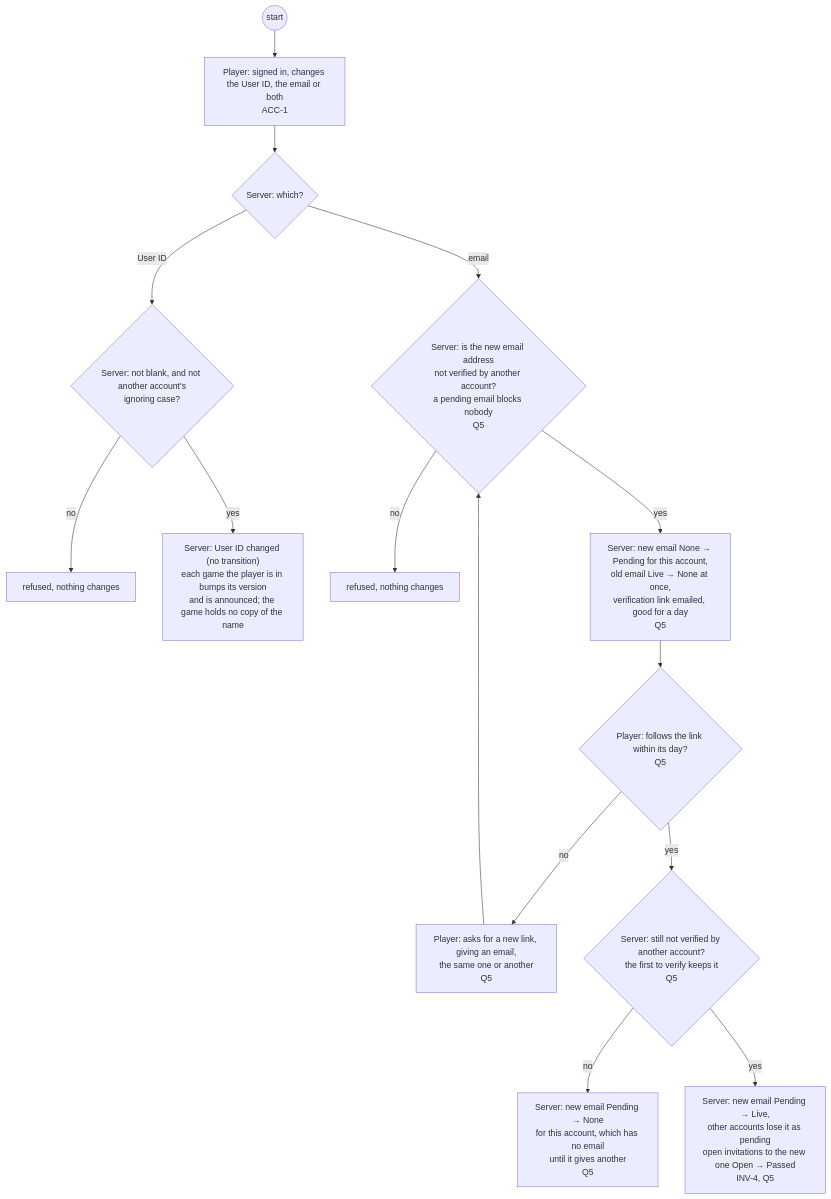
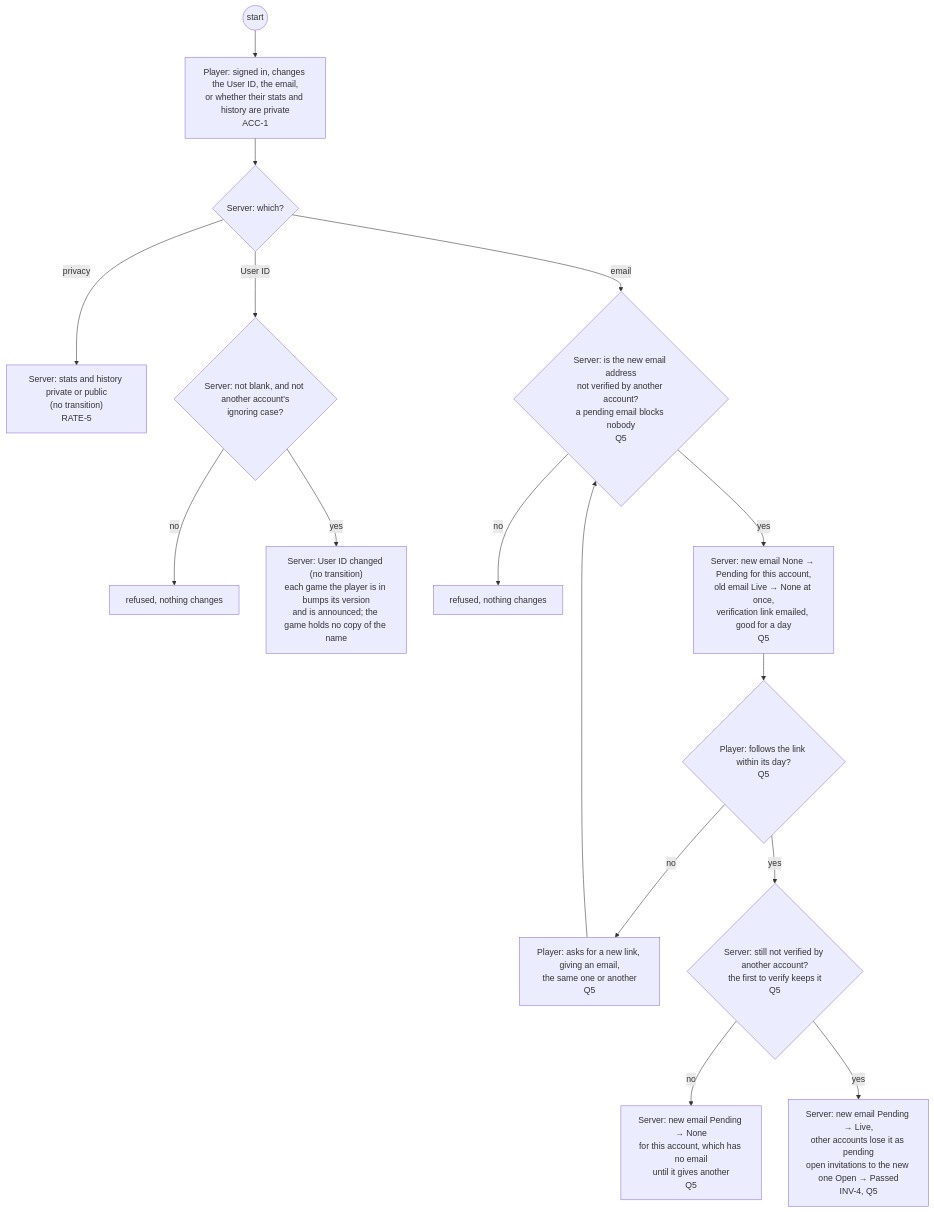
Before and after one commit to delphside/tile-lite-elite: the fourth of 29 diagrams in docs/changes/workstreams/application-game-architecture/71-one-game-model/71-functional.md, drawn with Mermaid. The commit also changed other lines of this file and 1 other file, not shown here.

First line of the commit message:
app 0.9.2 api 2.16: RATE-5, who sees a rating, stats and history

````diff
--- a/docs/changes/workstreams/application-game-architecture/71-one-game-model/71-functional.md
+++ b/docs/changes/workstreams/application-game-architecture/71-one-game-model/71-functional.md
@@ -136,17 +136,18 @@
 ```mermaid
 flowchart TD
-  s0((start)) --> p1["Player: signed in, changes the User ID, the email or both<br/>ACC-1"]
+  s0((start)) --> p1["Player: signed in, changes the User ID, the email,<br/>or whether their stats and history are private<br/>ACC-1"]
   p1 --> d0{"Server: which?"}
+  d0 -- "privacy" --> t5["Server: stats and history private or public<br/>(no transition)<br/>RATE-5"]
   d0 -- "User ID" --> v1{"Server: not blank, and not another account's<br/>ignoring case?"}
   v1 -- no --> r1["refused, nothing changes"]
   v1 -- yes --> t1["Server: User ID changed (no transition)<br/>each game the player is in bumps its version<br/>and is announced; the game holds no copy of the name"]
   d0 -- "email" --> v2{"Server: is the new email address<br/>not verified by another account?<br/>a pending email blocks nobody<br/>Q5"}
   v2 -- no --> r2["refused, nothing changes"]
   v2 -- yes --> t2["Server: new email None → Pending for this account,<br/>old email Live → None at once,<br/>verification link emailed, good for a day<br/>Q5"]
   t2 --> d1{"Player: follows the link within its day?<br/>Q5"}
   d1 -- no --> p3["Player: asks for a new link, giving an email,<br/>the same one or another<br/>Q5"]
   p3 --> v2
   d1 -- yes --> v3{"Server: still not verified by another account?<br/>the first to verify keeps it<br/>Q5"}
   v3 -- no --> t3["Server: new email Pending → None<br/>for this account, which has no email<br/>until it gives another<br/>Q5"]
   v3 -- yes --> t4["Server: new email Pending → Live,<br/>other accounts lose it as pending<br/>open invitations to the new one Open → Passed<br/>INV-4, Q5"]
 ```
````
